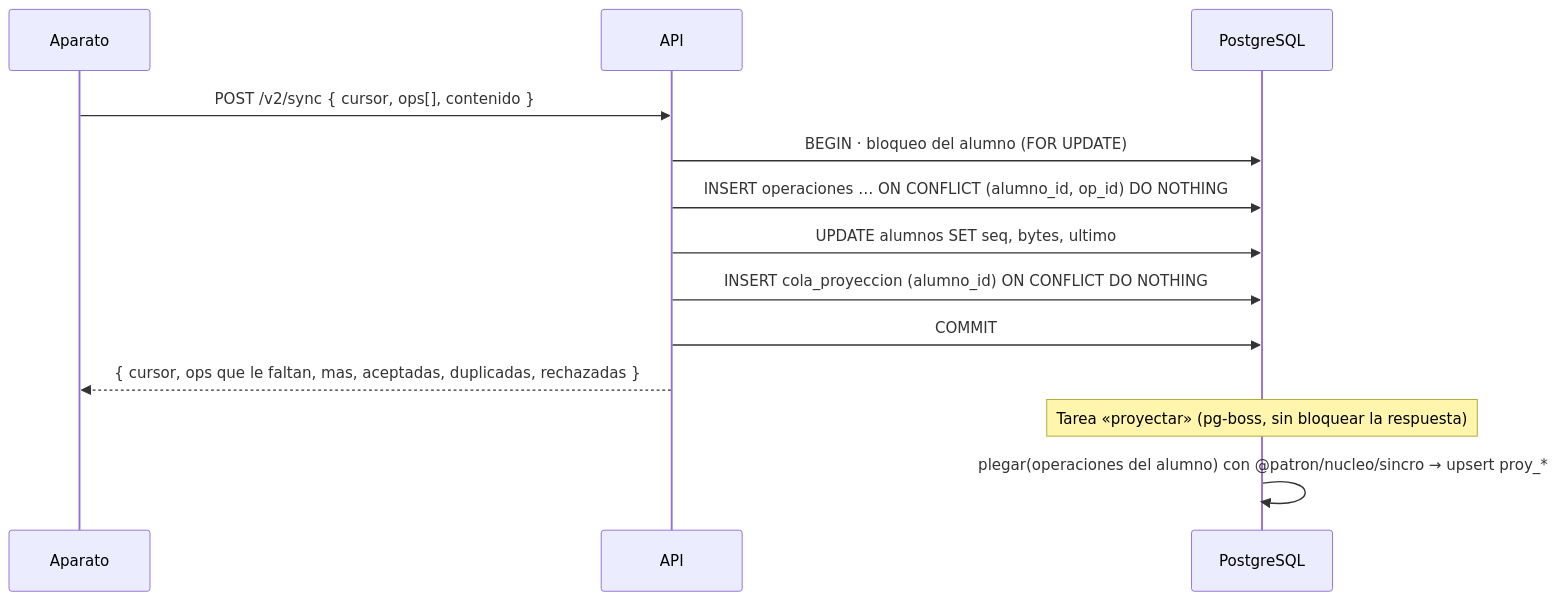
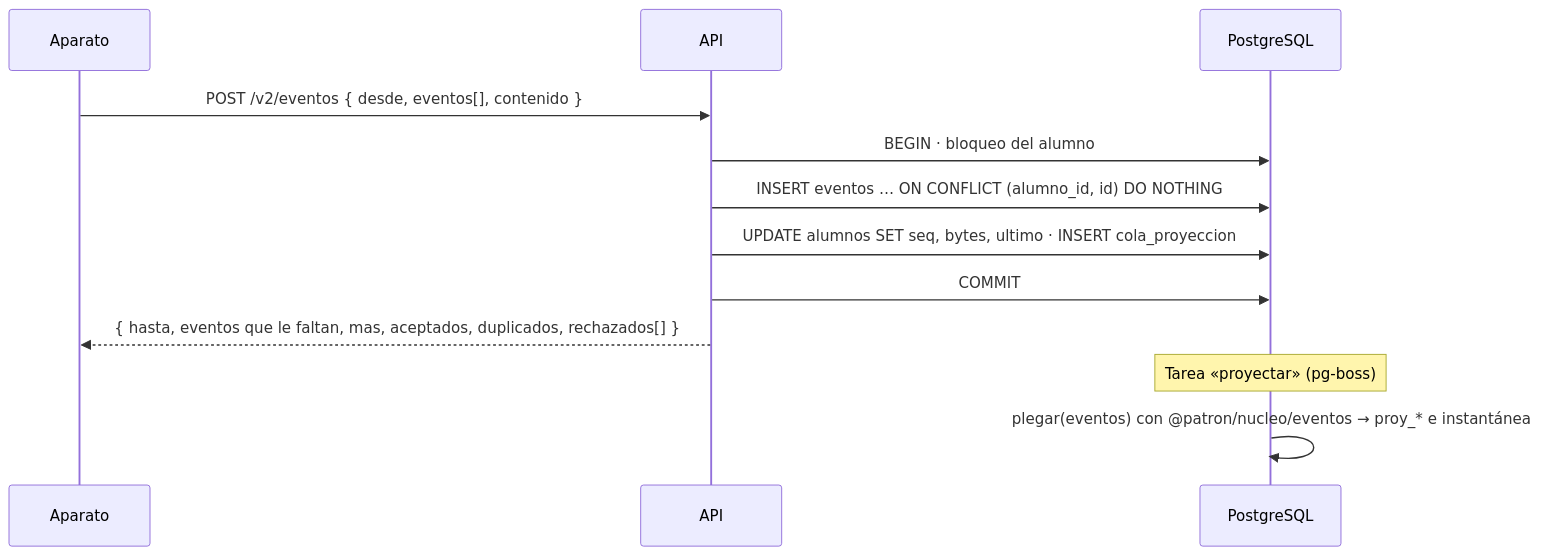
Before and after one commit to antoniofcano/mis-cosas: the third of 6 diagrams in nautica/docs/arquitectura/ARQUITECTURA-V2.md, drawn with Mermaid. The commit also changed other lines of this file and 29 other files, not shown here.

````diff
--- a/nautica/docs/arquitectura/ARQUITECTURA-V2.md
+++ b/nautica/docs/arquitectura/ARQUITECTURA-V2.md
@@ -473,15 +553,14 @@
 ```mermaid
 sequenceDiagram
   participant A as Aparato
   participant API
   participant PG as PostgreSQL
-  A->>API: POST /v2/sync { cursor, ops[], contenido }
-  API->>PG: BEGIN · bloqueo del alumno (FOR UPDATE)
-  API->>PG: INSERT operaciones … ON CONFLICT (alumno_id, op_id) DO NOTHING
-  API->>PG: UPDATE alumnos SET seq, bytes, ultimo
-  API->>PG: INSERT cola_proyeccion (alumno_id) ON CONFLICT DO NOTHING
+  A->>API: POST /v2/eventos { desde, eventos[], contenido }
+  API->>PG: BEGIN · bloqueo del alumno
+  API->>PG: INSERT eventos … ON CONFLICT (alumno_id, id) DO NOTHING
+  API->>PG: UPDATE alumnos SET seq, bytes, ultimo · INSERT cola_proyeccion
   API->>PG: COMMIT
-  API-->>A: { cursor, ops que le faltan, mas, aceptadas, duplicadas, rechazadas }
-  Note over PG: Tarea «proyectar» (pg-boss, sin bloquear la respuesta)
-  PG->>PG: plegar(operaciones del alumno) con @patron/nucleo/sincro → upsert proy_*
+  API-->>A: { hasta, eventos que le faltan, mas, aceptados, duplicados, rechazados[] }
+  Note over PG: Tarea «proyectar» (pg-boss)
+  PG->>PG: plegar(eventos) con @patron/nucleo/eventos → proy_* e instantánea
 ```
````
